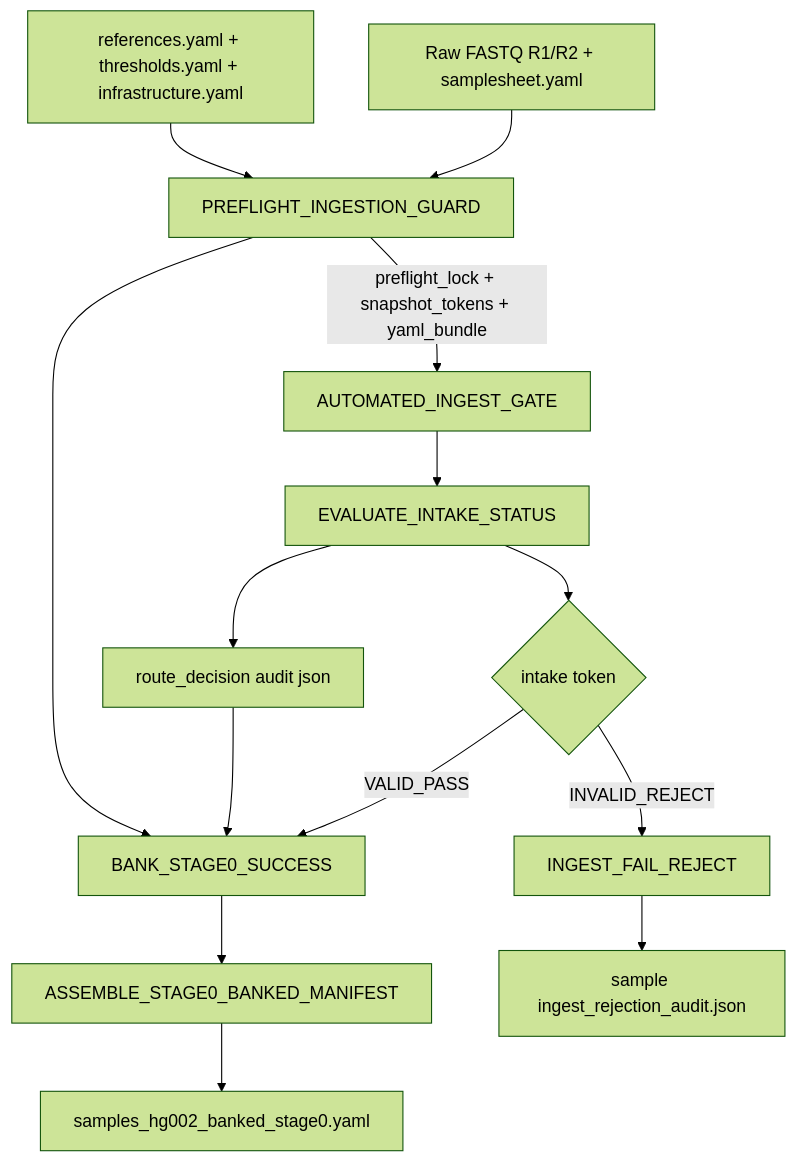
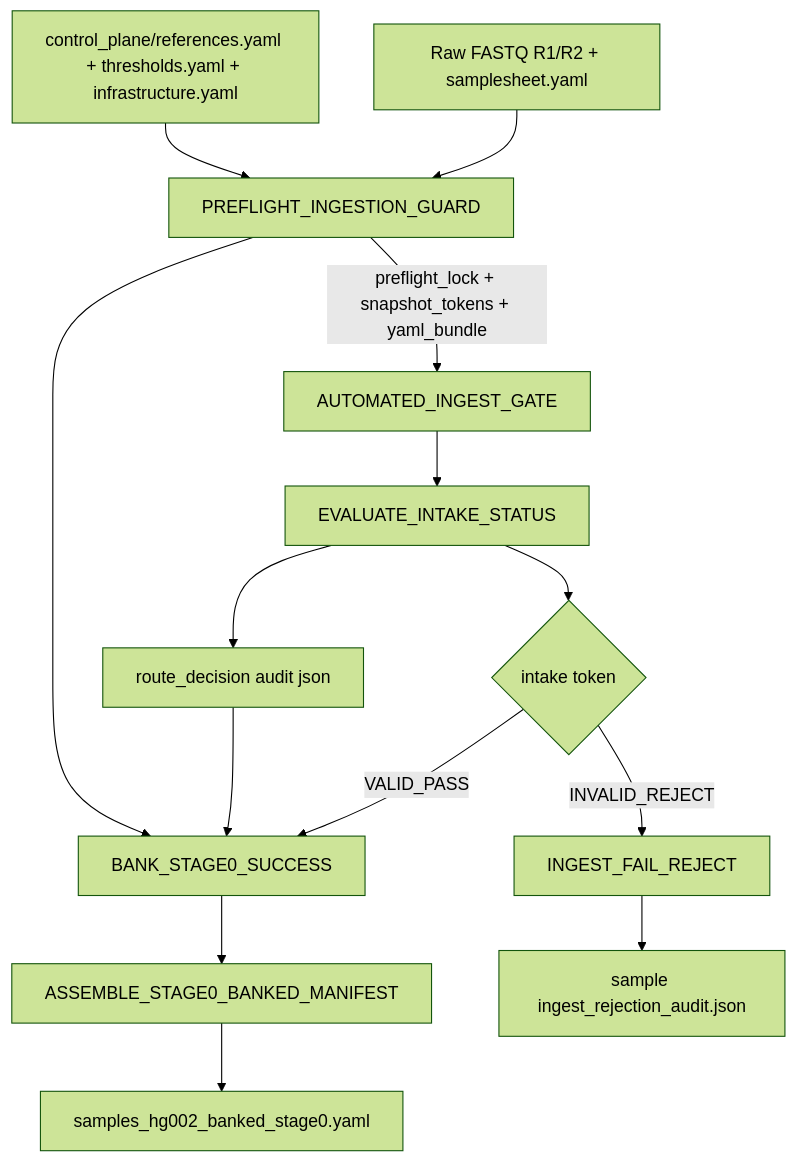
One commit to jmorganknight/nf_Gen_Var_Pipe changed the diagram in Stage_0_Preflight_Ingest_Gate/README.md. Above: the diagram before and after it, drawn with Mermaid (forest theme). The commit also changed other lines of this file and 13 other files, not shown here.

First line of the commit message:
Codify centralized control plane and canonical sample templates

````diff
--- a/Stage_0_Preflight_Ingest_Gate/README.md
+++ b/Stage_0_Preflight_Ingest_Gate/README.md
@@ -7,16 +9,16 @@
 ```mermaid
 flowchart TD
     A["Raw FASTQ R1/R2 + samplesheet.yaml"] --> B["PREFLIGHT_INGESTION_GUARD"]
-    C["references.yaml + thresholds.yaml + infrastructure.yaml"] --> B
+    C["control_plane/references.yaml + thresholds.yaml + infrastructure.yaml"] --> B
     B -->|preflight_lock + snapshot_tokens + yaml_bundle| D["AUTOMATED_INGEST_GATE"]
     D --> E["EVALUATE_INTAKE_STATUS"]
     E --> F{"intake token"}
     F -->|VALID_PASS| G["BANK_STAGE0_SUCCESS"]
     F -->|INVALID_REJECT| H["INGEST_FAIL_REJECT"]
     E --> I["route_decision audit json"]
     I --> G
     B --> G
     G --> J["ASSEMBLE_STAGE0_BANKED_MANIFEST"]
     J --> K["samples_hg002_banked_stage0.yaml"]
     H --> L["sample ingest_rejection_audit.json"]
 ```
````
